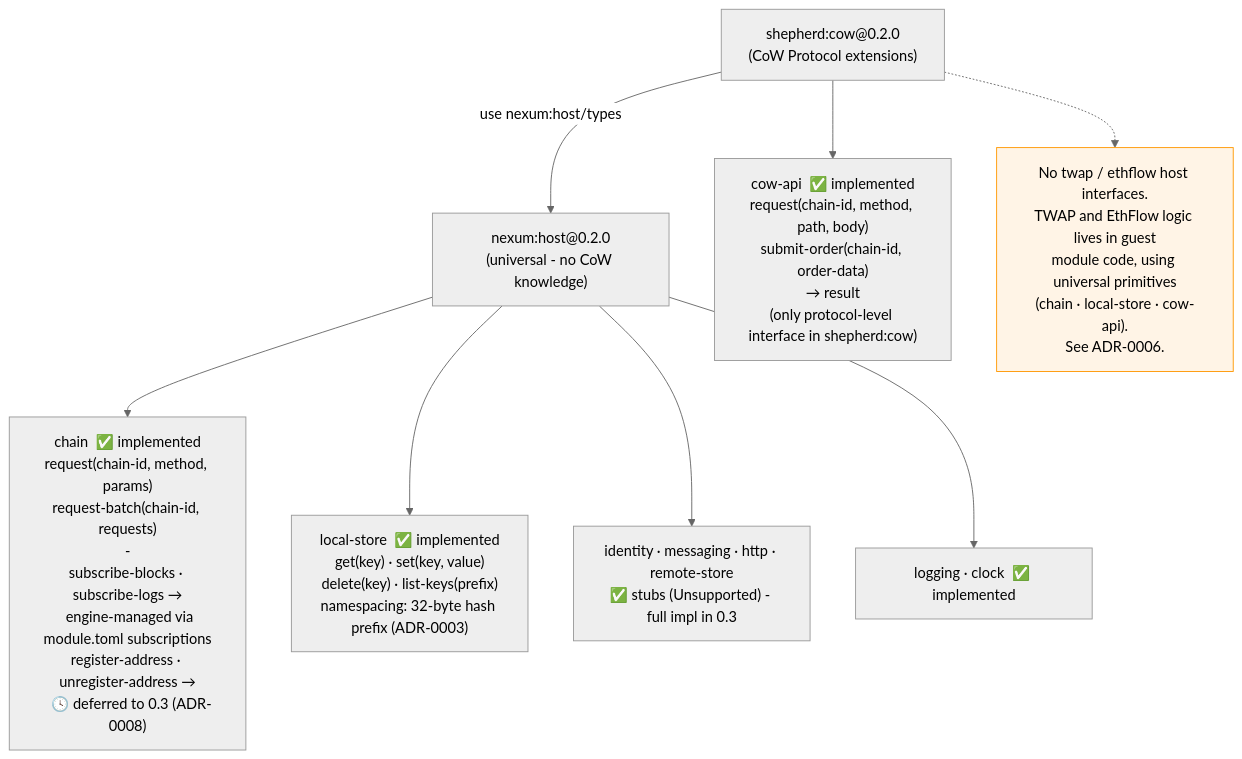
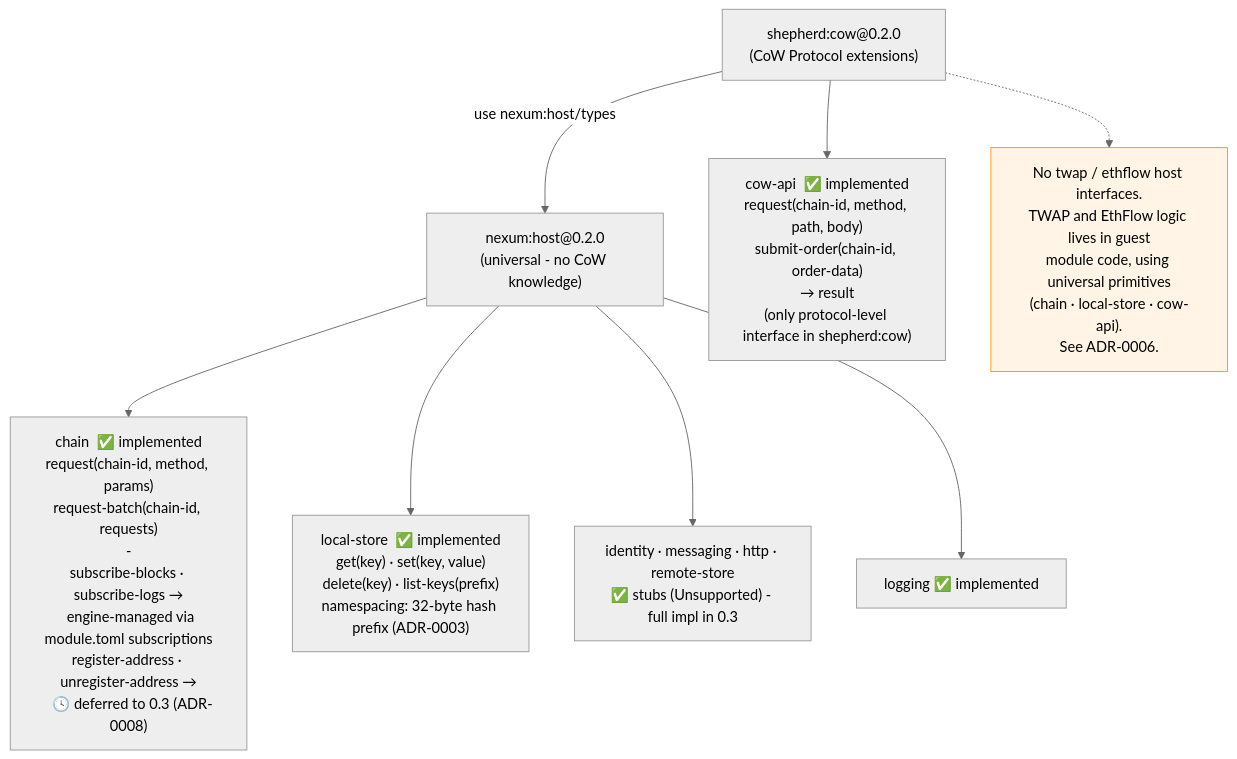
The third of 8 diagrams in docs/diagrams/diagrams.md (nullislabs/shepherd), drawn with Mermaid (neutral theme) before and after one commit. The commit also changed other lines of this file and 23 other files, not shown here.

````diff
--- a/docs/diagrams/diagrams.md
+++ b/docs/diagrams/diagrams.md
@@ -162,18 +162,18 @@
 ```mermaid
 graph TD
     NH["nexum:host@0.2.0\n(universal - no CoW knowledge)"]
     SC["shepherd:cow@0.2.0\n(CoW Protocol extensions)"]
 
     NH --> n1["chain  ✅ implemented\nrequest(chain-id, method, params)\nrequest-batch(chain-id, requests)\n - \nsubscribe-blocks · subscribe-logs →\n  engine-managed via module.toml subscriptions\nregister-address · unregister-address →\n  🕓 deferred to 0.3 (ADR-0008)"]
     NH --> n2["local-store  ✅ implemented\nget(key) · set(key, value)\ndelete(key) · list-keys(prefix)\nnamespacing: 32-byte hash prefix (ADR-0003)"]
     NH --> n3["identity · messaging · http · remote-store\n✅ stubs (Unsupported) - full impl in 0.3"]
-    NH --> n4["logging · clock  ✅ implemented"]
+    NH --> n4["logging  ✅ implemented"]
 
     SC -->|"use nexum:host/types"| NH
     SC --> s1["cow-api  ✅ implemented\nrequest(chain-id, method, path, body)\nsubmit-order(chain-id, order-data)\n→ result<string, host-error>\n(only protocol-level interface in shepherd:cow)"]
 
     note1["No twap / ethflow host interfaces.\nTWAP and EthFlow logic lives in guest\nmodule code, using universal primitives\n(chain · local-store · cow-api).\nSee ADR-0006."]
     SC -.-> note1
 
     style note1 fill:#fff4e6,stroke:#ff9800,color:#000
 ```
````
